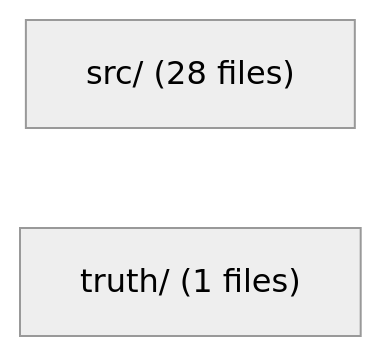
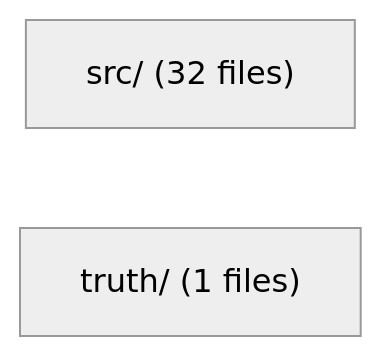
One commit to sns45/greplost changed the first of 5 diagrams in .greplost/packages/greplost__bench/MAP.md. Above: the diagram before and after it, drawn with Mermaid (neutral theme). The commit also changed other lines of this file and 19 other files, not shown here.

````diff
--- a/.greplost/packages/greplost__bench/MAP.md
+++ b/.greplost/packages/greplost__bench/MAP.md
@@ -84,5 +92,5 @@
 ```mermaid
 graph LR
-  bench_src["src/ #40;28 files#41;"]
+  bench_src["src/ #40;32 files#41;"]
   bench_truth["truth/ #40;1 files#41;"]
 ```
````
